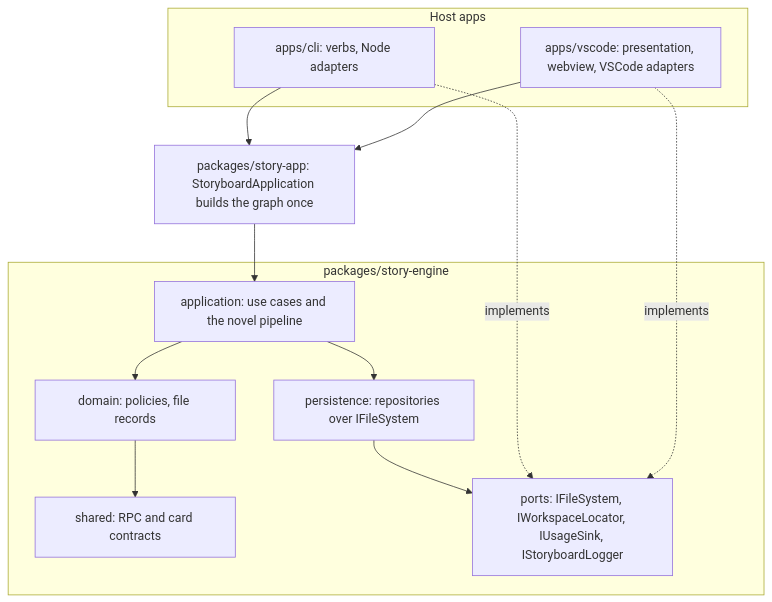
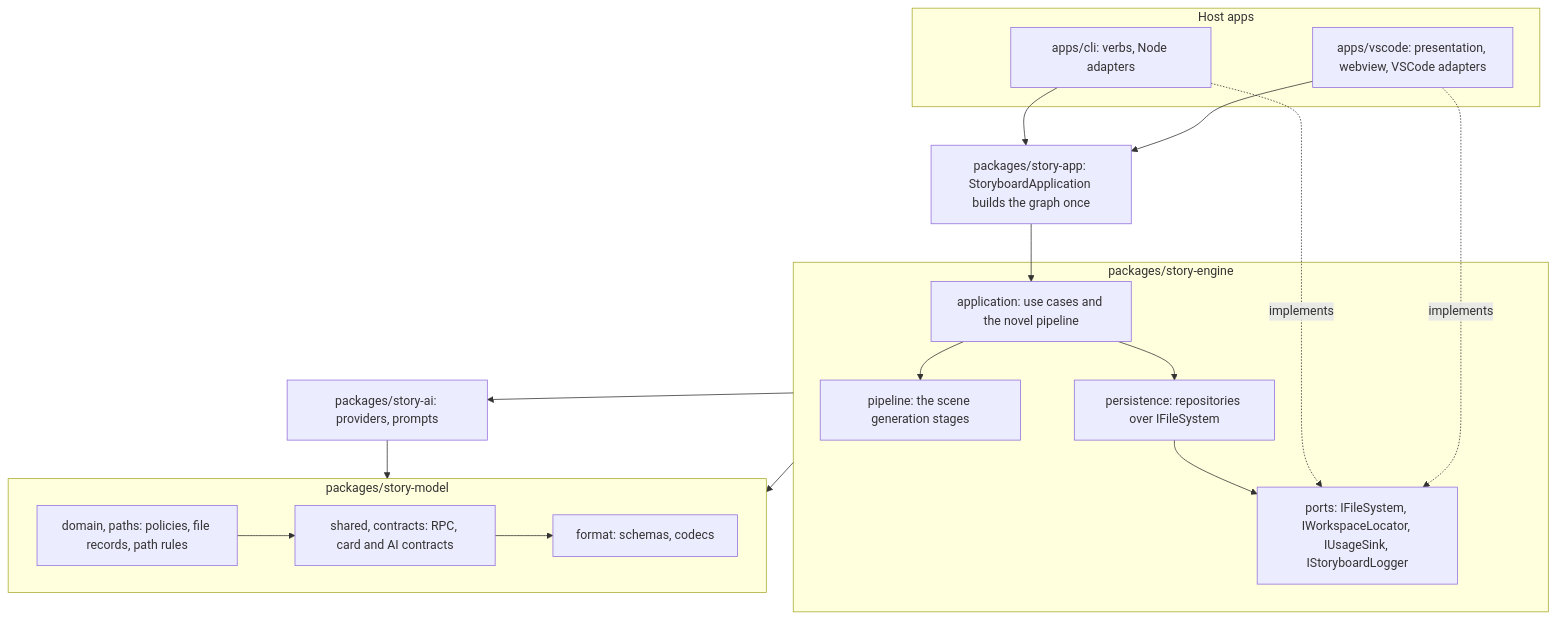
Before and after one commit to maroomir/storyboard: the diagram in .claude/rules/storyboard-overview.md, drawn with Mermaid. The commit also changed other lines of this file and 26 other files, not shown here.

````diff
--- a/.claude/rules/storyboard-overview.md
+++ b/.claude/rules/storyboard-overview.md
@@ -36,27 +36,38 @@
 ```mermaid
 graph TB
     subgraph Engine[packages/story-engine]
         Application[application: use cases and the novel pipeline]
+        Pipeline[pipeline: the scene generation stages]
         Persistence[persistence: repositories over IFileSystem]
-        Domain[domain: policies, file records]
-        SharedContracts[shared: RPC and card contracts]
         Ports[ports: IFileSystem, IWorkspaceLocator, IUsageSink, IStoryboardLogger]
+    end
+
+    Ai[packages/story-ai: providers, prompts]
+
+    subgraph Model[packages/story-model]
+        Domain[domain, paths: policies, file records, path rules]
+        SharedContracts[shared, contracts: RPC, card and AI contracts]
+        Format[format: schemas, codecs]
     end
 
     subgraph Apps[Host apps]
         VscodeApp[apps/vscode: presentation, webview, VSCode adapters]
         CliApp[apps/cli: verbs, Node adapters]
     end
 
     StoryApp[packages/story-app: StoryboardApplication builds the graph once]
 
     VscodeApp --> StoryApp
     CliApp --> StoryApp
     StoryApp --> Application
     VscodeApp -.implements.-> Ports
     CliApp -.implements.-> Ports
     Application --> Persistence
-    Application --> Domain
+    Application --> Pipeline
     Persistence --> Ports
+    Engine --> Ai
+    Engine --> Model
+    Ai --> Model
     Domain --> SharedContracts
+    SharedContracts --> Format
 ```
````
